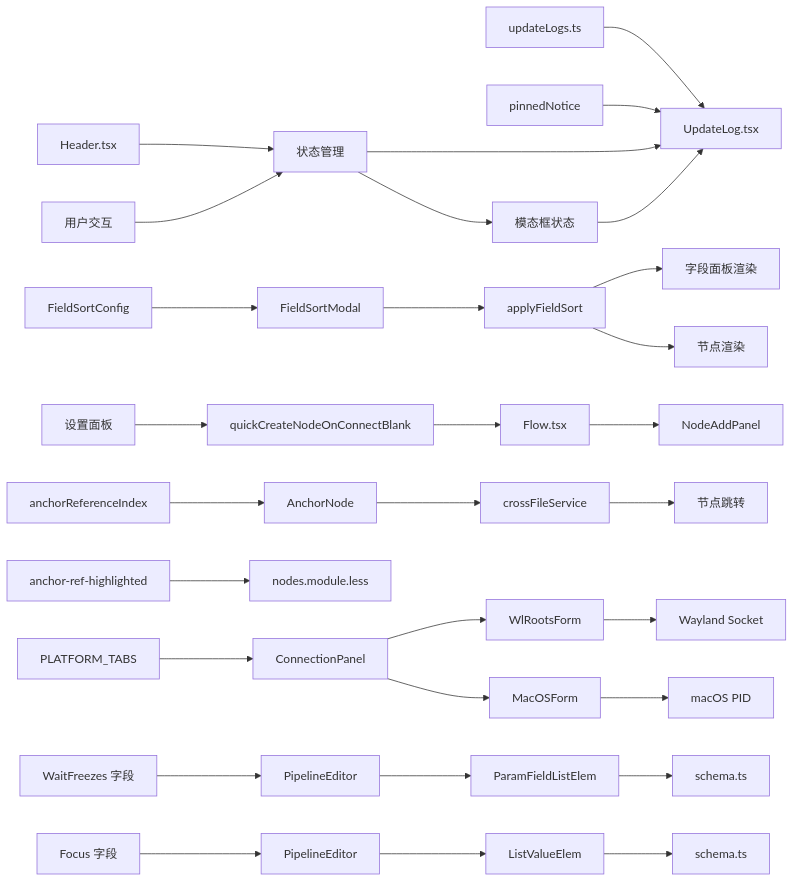
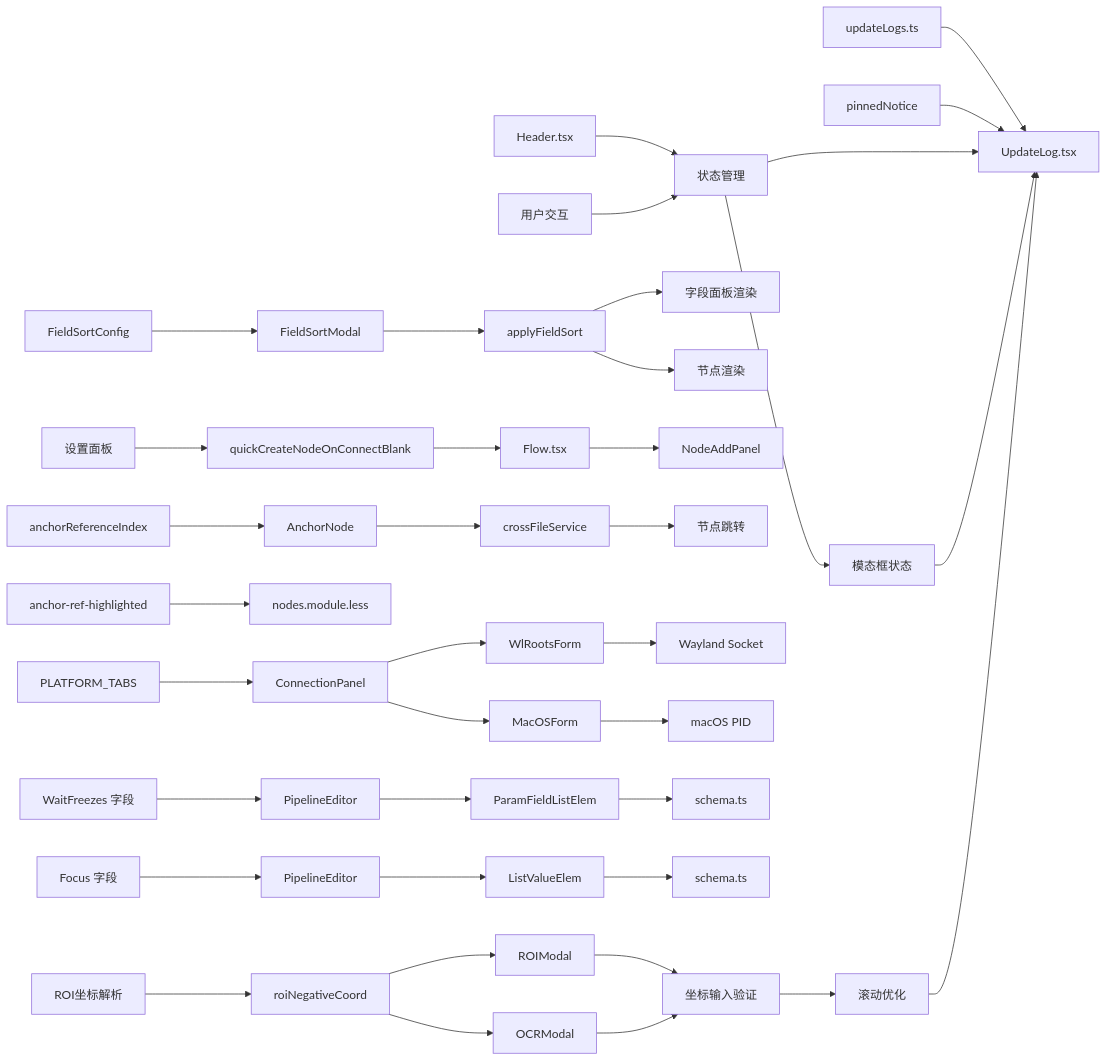
One commit to kqcoxn/MaaPipelineEditor changed diagram 41 of 42 in .qoder/repowiki/zh/content/UpdateLogs.ts.md. Above: the diagram before and after it, drawn with Mermaid. The commit also changed other lines of this file and 8 other files, not shown here.

````diff
--- a/.qoder/repowiki/zh/content/UpdateLogs.ts.md
+++ b/.qoder/repowiki/zh/content/UpdateLogs.ts.md
@@ -1072,32 +1198,39 @@
 ```mermaid
 flowchart LR
 A[updateLogs.ts] --> B[UpdateLog.tsx]
 C[pinnedNotice] --> B
 D[Header.tsx] --> E[状态管理]
 E --> B
 F[用户交互] --> E
 E --> G[模态框状态]
 G --> B
 H[FieldSortConfig] --> I[FieldSortModal]
 I --> J[applyFieldSort]
 J --> K[字段面板渲染]
 J --> L[节点渲染]
 M[quickCreateNodeOnConnectBlank] --> N[Flow.tsx]
 N --> O[NodeAddPanel]
 P[设置面板] --> M
 Q[anchorReferenceIndex] --> R[AnchorNode]
 R --> S[crossFileService]
 S --> T[节点跳转]
 U[anchor-ref-highlighted] --> V[nodes.module.less]
 W[PLATFORM_TABS] --> X[ConnectionPanel]
 X --> Y[WlRootsForm]
 X --> Z[MacOSForm]
 Y --> AA[Wayland Socket]
 Z --> AB[macOS PID]
 AC[WaitFreezes 字段] --> AD[PipelineEditor]
 AE[Focus 字段] --> AF[PipelineEditor]
 AD --> AG[ParamFieldListElem]
 AF --> AH[ListValueElem]
 AG --> AI[schema.ts]
 AH --> AJ[schema.ts]
+AK[ROI坐标解析] --> AL[roiNegativeCoord]
+AL --> AM[ROIModal]
+AL --> AN[OCRModal]
+AM --> AO[坐标输入验证]
+AN --> AO
+AO --> AP[滚动优化]
+AP --> B
 ```
````
